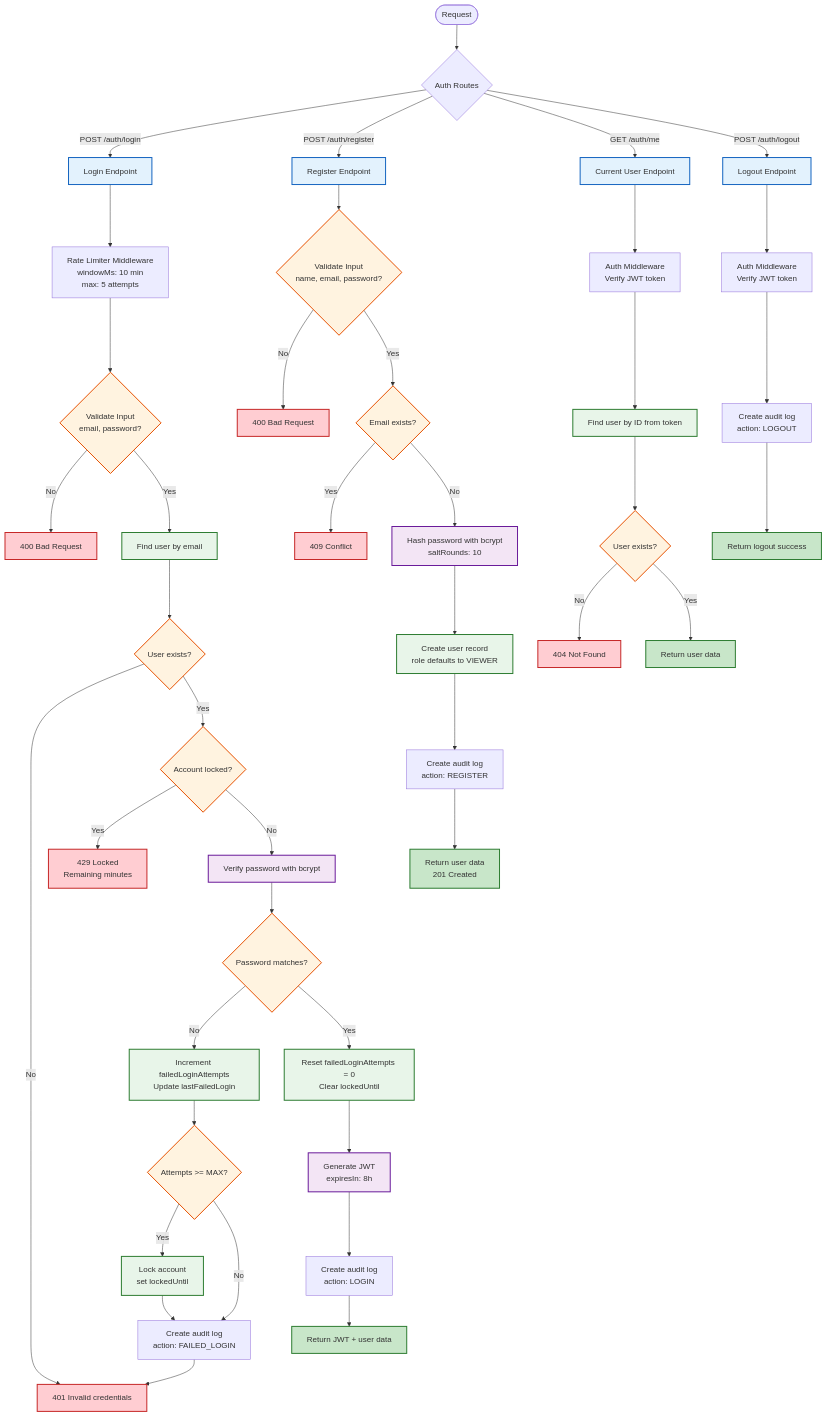
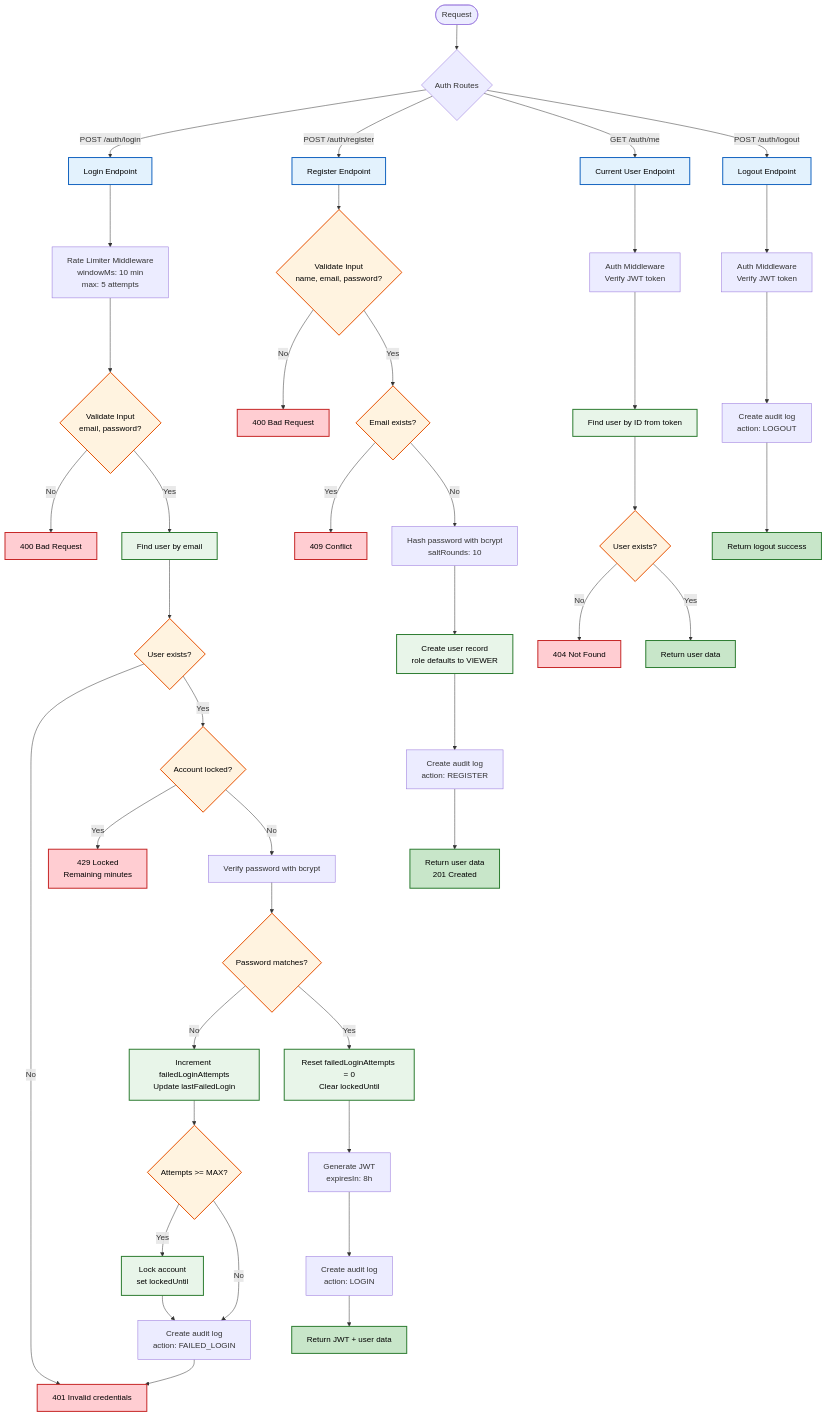
One commit to Abdisamad-Abass/Healthtech-Knowledge-Base-HMIS-Chatbot-System- changed the diagram in docs/AuthenticationFlowchart.md. Above: the diagram before and after it, drawn with Mermaid.

````diff
--- a/docs/AuthenticationFlowchart.md
+++ b/docs/AuthenticationFlowchart.md
@@ -13,74 +13,74 @@
 ```mermaid
 flowchart TD
     Start([Request]) --> Router{Auth Routes}
 
     Router -->|POST /auth/login| Login[Login Endpoint]
     Router -->|POST /auth/register| Register[Register Endpoint]
     Router -->|GET /auth/me| Me[Current User Endpoint]
     Router -->|POST /auth/logout| Logout[Logout Endpoint]
 
     %% REGISTER FLOW
     Register --> ValidateRegister{Validate Input<br/>name, email, password?}
     ValidateRegister -->|No| Error400[400 Bad Request]
     ValidateRegister -->|Yes| CheckExisting{Email exists?}
     CheckExisting -->|Yes| Conflict409[409 Conflict]
     CheckExisting -->|No| HashPassword[Hash password with bcrypt<br/>saltRounds: 10]
     HashPassword --> CreateUser[Create user record<br/>role defaults to VIEWER]
     CreateUser --> CreateAuditRegister[Create audit log<br/>action: REGISTER]
     CreateAuditRegister --> ReturnUser[Return user data<br/>201 Created]
 
     %% LOGIN FLOW
     Login --> RateLimiter[Rate Limiter Middleware<br/>windowMs: 10 min<br/>max: 5 attempts]
     RateLimiter --> ValidateLogin{Validate Input<br/>email, password?}
     ValidateLogin -->|No| Error400Login[400 Bad Request]
     ValidateLogin -->|Yes| FindUser[Find user by email]
 
     FindUser --> UserExists{User exists?}
     UserExists -->|No| InvalidCredentials[401 Invalid credentials]
     UserExists -->|Yes| CheckLocked{Account locked?}
 
     CheckLocked -->|Yes| LockedResponse[429 Locked<br/>Remaining minutes]
     CheckLocked -->|No| VerifyPassword[Verify password with bcrypt]
 
     VerifyPassword --> PasswordMatch{Password matches?}
 
     PasswordMatch -->|No| IncrementAttempts[Increment failedLoginAttempts<br/>Update lastFailedLogin]
     IncrementAttempts --> CheckMaxAttempts{Attempts >= MAX?}
     CheckMaxAttempts -->|Yes| LockAccount[Lock account<br/>set lockedUntil]
     CheckMaxAttempts -->|No| LogFailedAudit[Create audit log<br/>action: FAILED_LOGIN]
     LogFailedAudit --> InvalidCredentials
 
     LockAccount --> LogFailedAudit
 
     PasswordMatch -->|Yes| ResetAttempts[Reset failedLoginAttempts = 0<br/>Clear lockedUntil]
     ResetAttempts --> GenerateToken[Generate JWT<br/>expiresIn: 8h]
     GenerateToken --> CreateAuditLogin[Create audit log<br/>action: LOGIN]
     CreateAuditLogin --> ReturnToken[Return JWT + user data]
 
     %% CURRENT USER FLOW
     Me --> AuthMiddleware[Auth Middleware<br/>Verify JWT token]
     AuthMiddleware --> FindUserMe[Find user by ID from token]
     FindUserMe --> UserExistsMe{User exists?}
     UserExistsMe -->|No| NotFound404[404 Not Found]
     UserExistsMe -->|Yes| ReturnUserMe[Return user data]
 
     %% LOGOUT FLOW
     Logout --> AuthMiddlewareLogout[Auth Middleware<br/>Verify JWT token]
     AuthMiddlewareLogout --> CreateAuditLogout[Create audit log<br/>action: LOGOUT]
     CreateAuditLogout --> ReturnLogout[Return logout success]
 
-    %% Styling
-    classDef process fill:#e3f2fd,stroke:#1565c0,stroke-width:2px
-    classDef decision fill:#fff3e0,stroke:#e65100,stroke-width:2px
-    classDef database fill:#e8f5e9,stroke:#2e7d32,stroke-width:2px
-    classDef security fill:#f3e5f5,stroke:#6a1b9a,stroke-width:2px
-    classDef error fill:#ffcdd2,stroke:#c62828,stroke-width:2px
-    classDef success fill:#c8e6c9,stroke:#2e7d32,stroke-width:2px
+   %% Styling
+classDef process fill:#e3f2fd,stroke:#1565c0,stroke-width:2px,color:#000000
+classDef decision fill:#fff3e0,stroke:#e65100,stroke-width:2px,color:#000000
+classDef database fill:#e8f5e9,stroke:#2e7d32,stroke-width:2px,color:#000000
+classDef error fill:#ffcdd2,stroke:#c62828,stroke-width:2px,color:#000000
+classDef success fill:#c8e6c9,stroke:#2e7d32,stroke-width:2px,color:#000000
+classDef audit fill:#f3e5f5,stroke:#6a1b9a,stroke-width:2px,color:#000000
 
     class Register,Login,Me,Logout process
     class ValidateRegister,CheckExisting,ValidateLogin,UserExists,CheckLocked,PasswordMatch,CheckMaxAttempts,UserExistsMe decision
     class CreateUser,FindUser,IncrementAttempts,LockAccount,ResetAttempts,FindUserMe database
     class GenerateToken,VerifyPassword,HashPassword security
     class Error400,Conflict409,Error400Login,InvalidCredentials,LockedResponse,NotFound404 error
     class ReturnUser,ReturnToken,ReturnUserMe,ReturnLogout success
 ```
````
